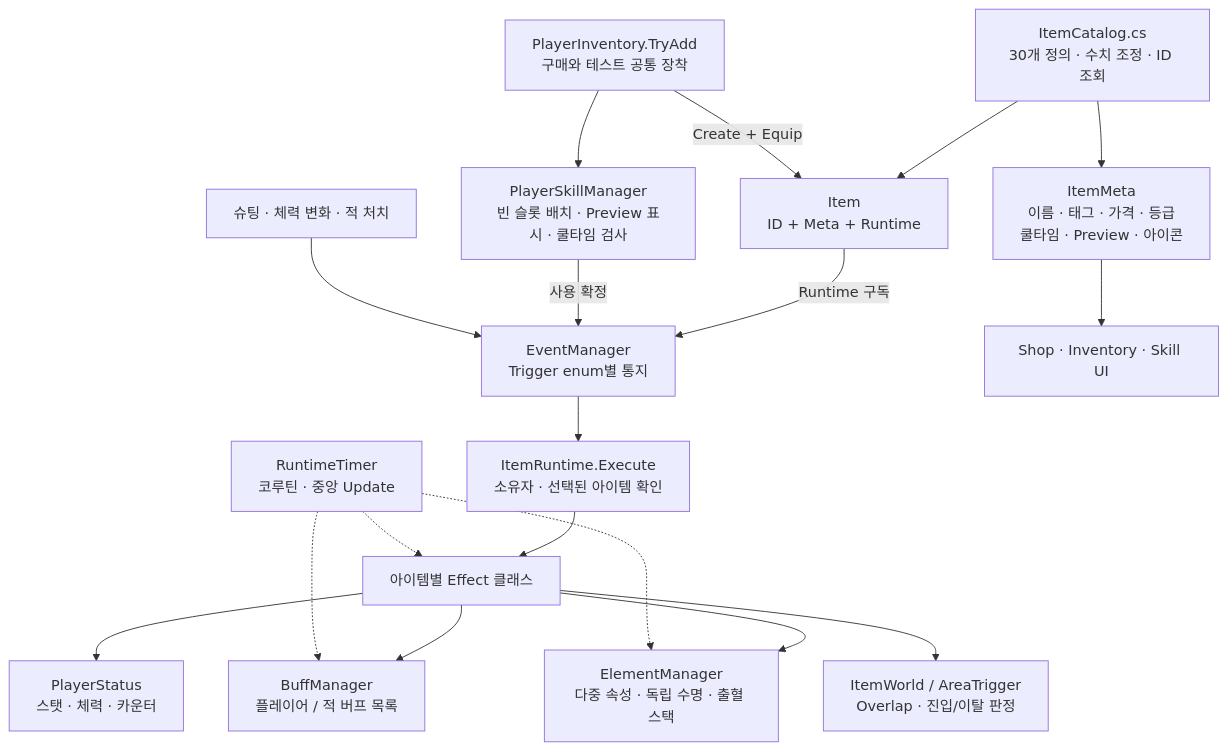
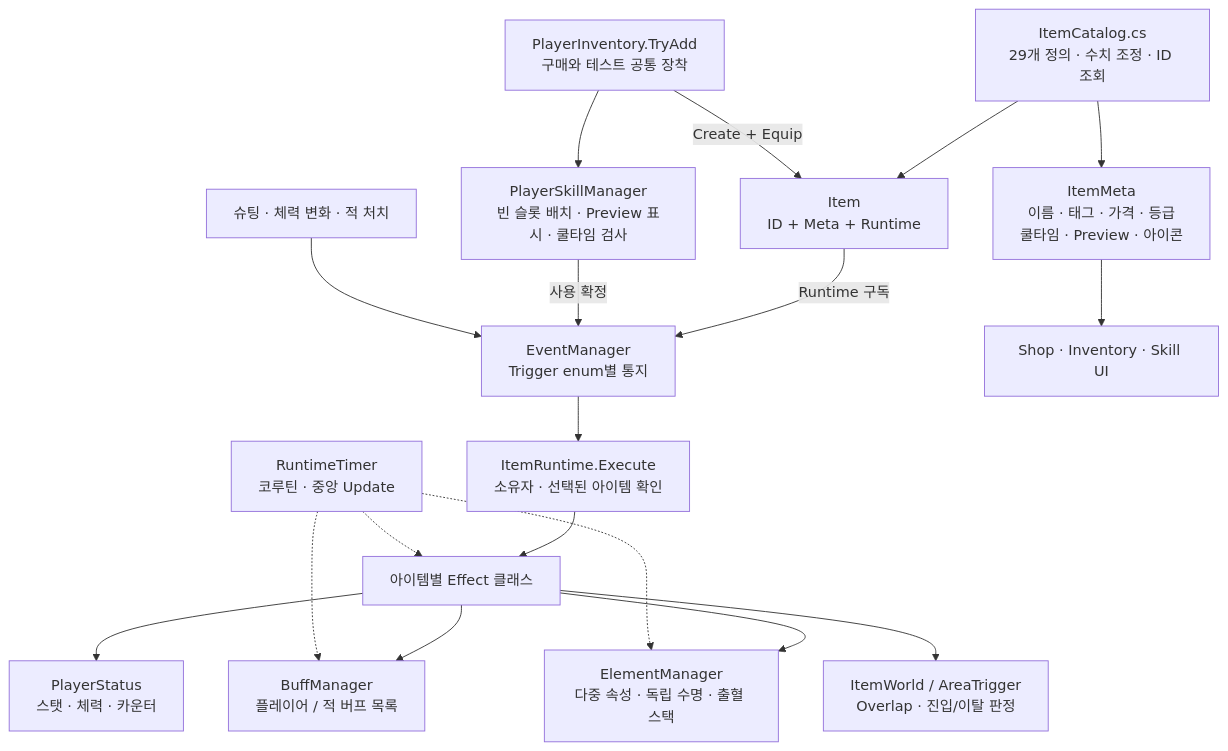
The diagram in Docs/ItemSystem.md (park2002js/2026-U-jam-project), drawn with Mermaid before and after one commit. The commit also changed other lines of this file and 238 other files, not shown here.

````diff
--- a/Docs/ItemSystem.md
+++ b/Docs/ItemSystem.md
@@ -9,32 +9,32 @@
 ```mermaid
 flowchart TD
-    Catalog["ItemCatalog.cs<br/>30개 정의 · 수치 조정 · ID 조회"]
+    Catalog["ItemCatalog.cs<br/>29개 정의 · 수치 조정 · ID 조회"]
     Meta["ItemMeta<br/>이름 · 태그 · 가격 · 등급<br/>쿨타임 · Preview · 아이콘"]
     Owned["Item<br/>ID + Meta + Runtime"]
     Inventory["PlayerInventory.TryAdd<br/>구매와 테스트 공통 장착"]
     Slot["PlayerSkillManager<br/>빈 슬롯 배치 · Preview 표시 · 쿨타임 검사"]
     Bus["EventManager<br/>Trigger enum별 통지"]
     Runtime["ItemRuntime.Execute<br/>소유자 · 선택된 아이템 확인"]
     Effect["아이템별 Effect 클래스"]
     Status["PlayerStatus<br/>스탯 · 체력 · 카운터"]
     Buff["BuffManager<br/>플레이어 / 적 버프 목록"]
     Element["ElementManager<br/>다중 속성 · 독립 수명 · 출혈 스택"]
     Area["ItemWorld / AreaTrigger<br/>Overlap · 진입/이탈 판정"]
     Timer["RuntimeTimer<br/>코루틴 · 중앙 Update"]
     Catalog --> Owned
     Catalog --> Meta
     Meta --> UI["Shop · Inventory · Skill UI"]
     Inventory -->|"Create + Equip"| Owned
     Inventory --> Slot
     Owned -->|"Runtime 구독"| Bus
     Slot -->|"사용 확정"| Bus
     Input["슈팅 · 체력 변화 · 적 처치"] --> Bus
     Bus --> Runtime --> Effect
     Effect --> Status
     Effect --> Buff
     Effect --> Element
     Effect --> Area
     Timer -.-> Buff
     Timer -.-> Element
     Timer -.-> Effect
 ```
````
